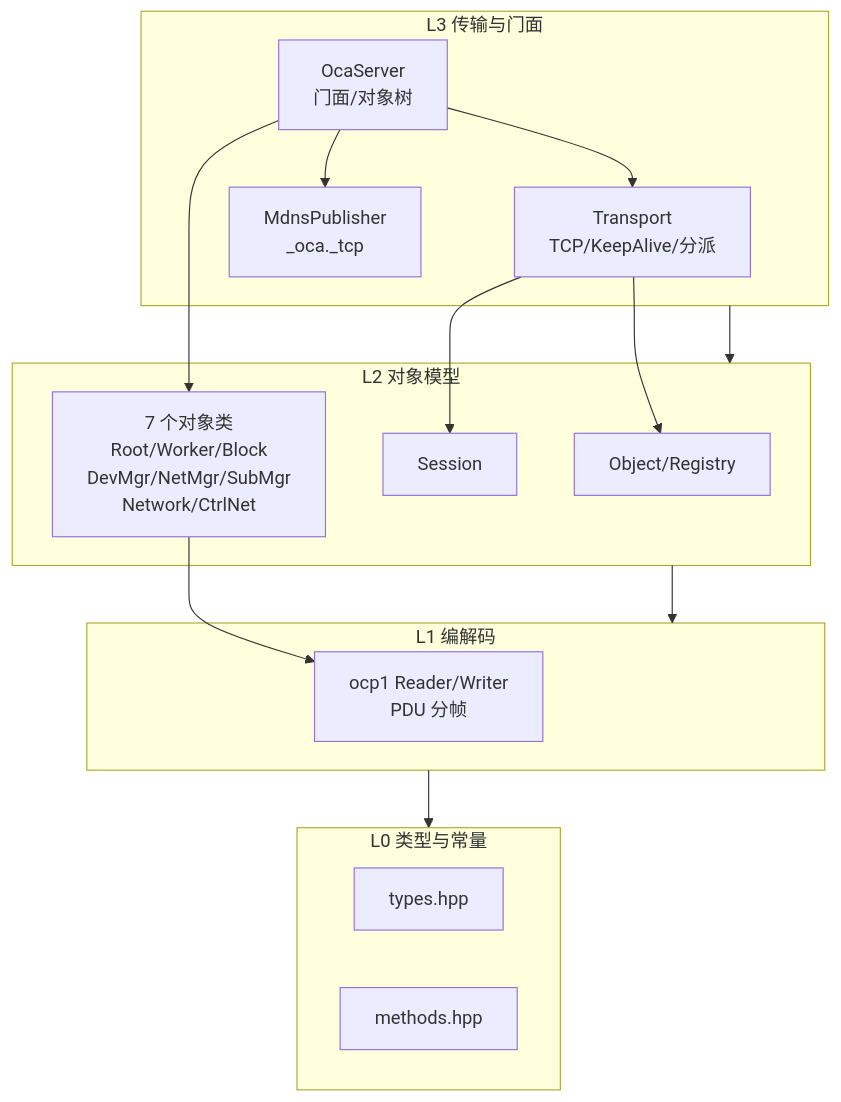
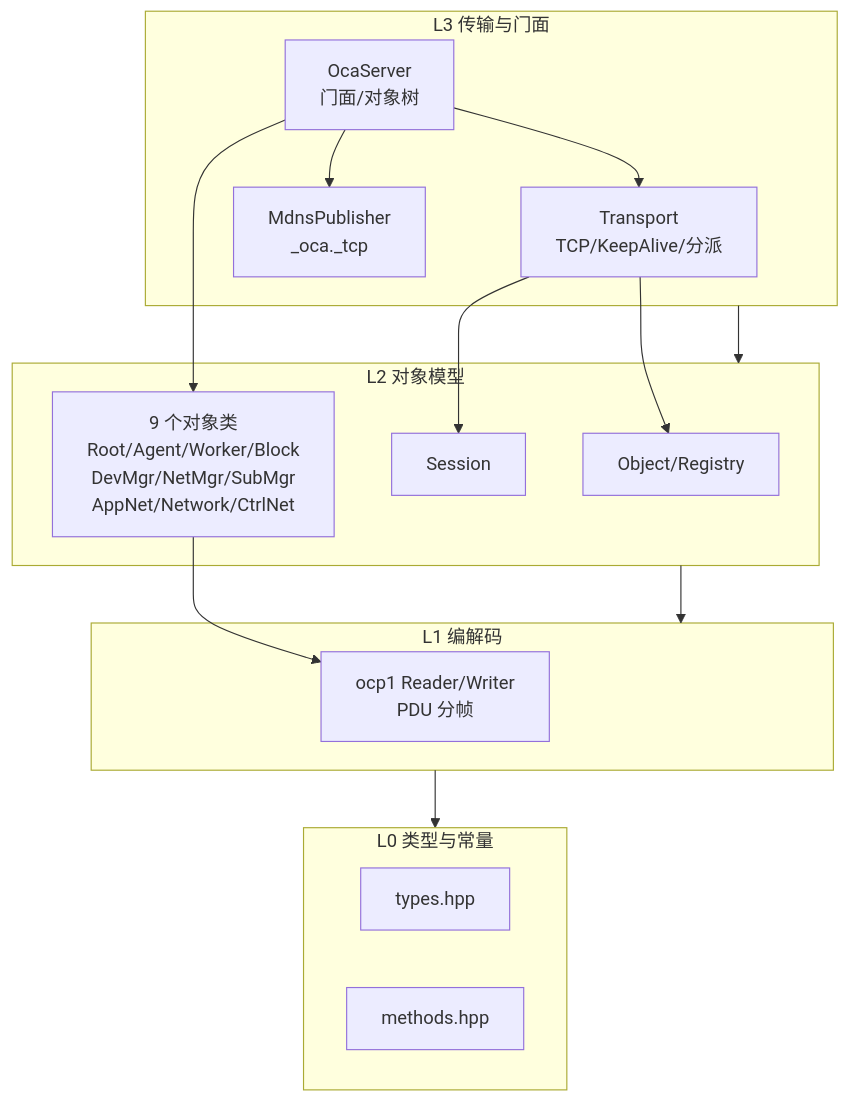
Before and after one commit to JunJunHub/aes67-linux-daemon: the first of 4 diagrams in docs/ops/oca-design-and-maintenance.md, drawn with Mermaid. The commit also changed other lines of this file, not shown here.

Commit message:
docs(oca): 维护手册同步 Spec3 — OcaAgent/AppNet 中间类 + Worker 方法补齐

````diff
--- a/docs/ops/oca-design-and-maintenance.md
+++ b/docs/ops/oca-design-and-maintenance.md
@@ -11,29 +11,29 @@
 ```mermaid
 flowchart TB
     subgraph L3["L3 传输与门面"]
         T["Transport<br/>TCP/KeepAlive/分派"]
         OS["OcaServer<br/>门面/对象树"]
         MDNS["MdnsPublisher<br/>_oca._tcp"]
     end
     subgraph L2["L2 对象模型"]
         OBJ["Object/Registry"]
         SES["Session"]
-        CLS["7 个对象类<br/>Root/Worker/Block<br/>DevMgr/NetMgr/SubMgr<br/>Network/CtrlNet"]
+        CLS["9 个对象类<br/>Root/Agent/Worker/Block<br/>DevMgr/NetMgr/SubMgr<br/>AppNet/Network/CtrlNet"]
     end
     subgraph L1["L1 编解码"]
         OCP["ocp1 Reader/Writer<br/>PDU 分帧"]
     end
     subgraph L0["L0 类型与常量"]
         TYP["types.hpp"]
         MTH["methods.hpp"]
     end
     L3 --> L2
     L2 --> L1
     L1 --> L0
     OS --> T
     OS --> CLS
     OS --> MDNS
     T --> SES
     T --> OBJ
     CLS --> OCP
 ```
````
